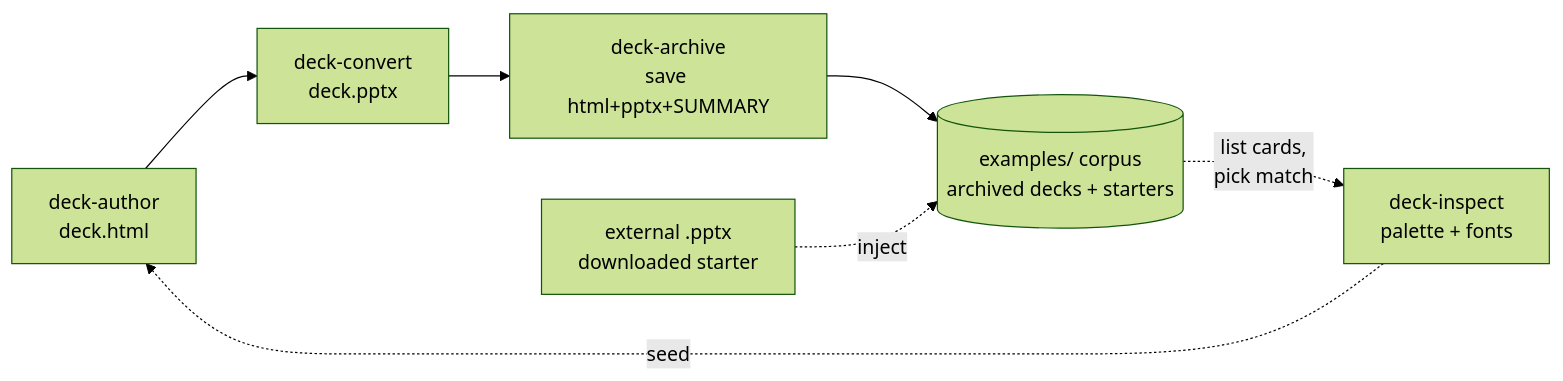
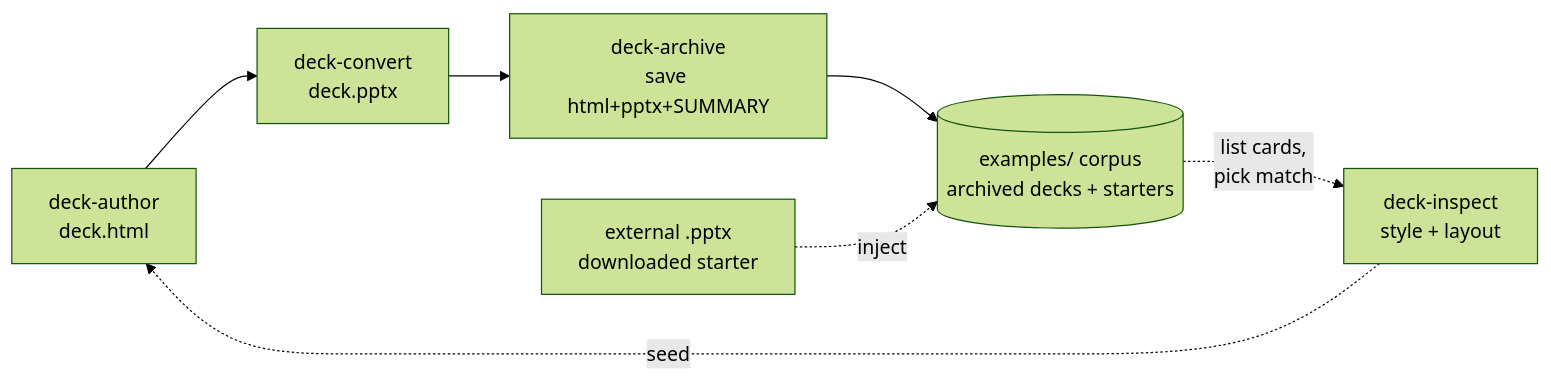
The diagram in docs/self-improving.md (iteam1/deck-maker), drawn with Mermaid (forest theme) before and after one commit. The commit also changed 6 other files, not shown here.

````diff
--- a/docs/self-improving.md
+++ b/docs/self-improving.md
@@ -12,9 +12,9 @@
 ```mermaid
 flowchart LR
     A["deck-author<br/>deck.html"] --> C["deck-convert<br/>deck.pptx"]
     C --> R["deck-archive<br/>save html+pptx+SUMMARY"]
     R --> E[("examples/ corpus<br/>archived decks + starters")]
     X["external .pptx<br/>downloaded starter"] -.->|"inject"| E
-    E -.->|"list cards,<br/>pick match"| I["deck-inspect<br/>palette + fonts"]
+    E -.->|"list cards,<br/>pick match"| I["deck-inspect<br/>style + layout"]
     I -.->|"seed"| A
 ```
````
